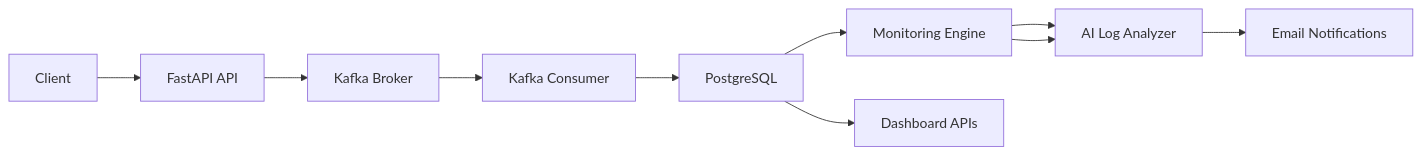
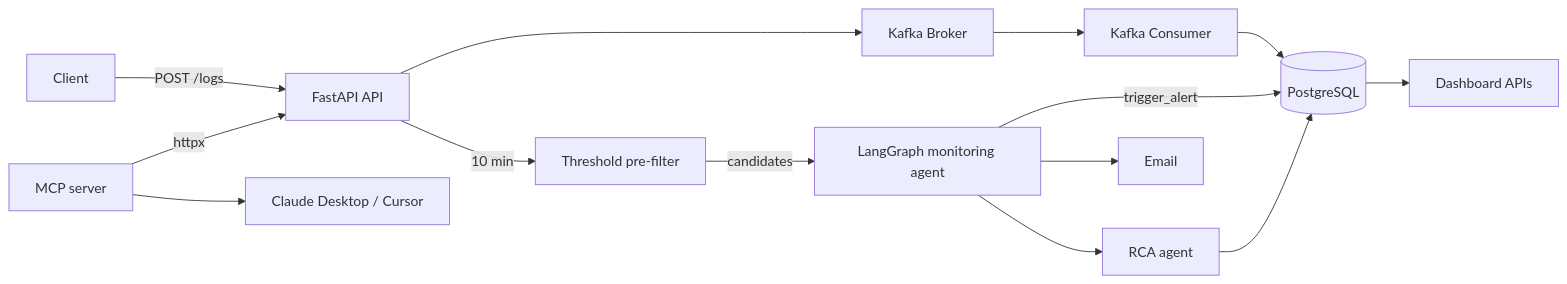
The diagram in README.md (chetan-0007/LogSentinel), drawn with Mermaid before and after one commit. The commit also changed other lines of this file and 20 other files, not shown here.

````diff
--- a/README.md
+++ b/README.md
@@ -30,14 +31,18 @@
 ```mermaid
 flowchart LR
-    A[Client] --> B[FastAPI API]
+    A[Client] -->|POST /logs| B[FastAPI API]
     B --> C[Kafka Broker]
     C --> D[Kafka Consumer]
-    D --> E[PostgreSQL]
+    D --> E[(PostgreSQL)]
 
-    E --> F[Monitoring Engine]
-    F --> G[Alert System]
-    F --> G[AI Log Analyzer]
-    G --> H[Email Notifications]
+    B -->|10 min| F[Threshold pre-filter]
+    F -->|candidates| G[LangGraph monitoring agent]
+    G -->|trigger_alert| E
+    G --> H[RCA agent]
+    H --> E
+    G --> I[Email]
 
-    E --> I[Dashboard APIs]
+    E --> J[Dashboard APIs]
+    K[MCP server] -->|httpx| B
+    K --> L[Claude Desktop / Cursor]
 ```
````
